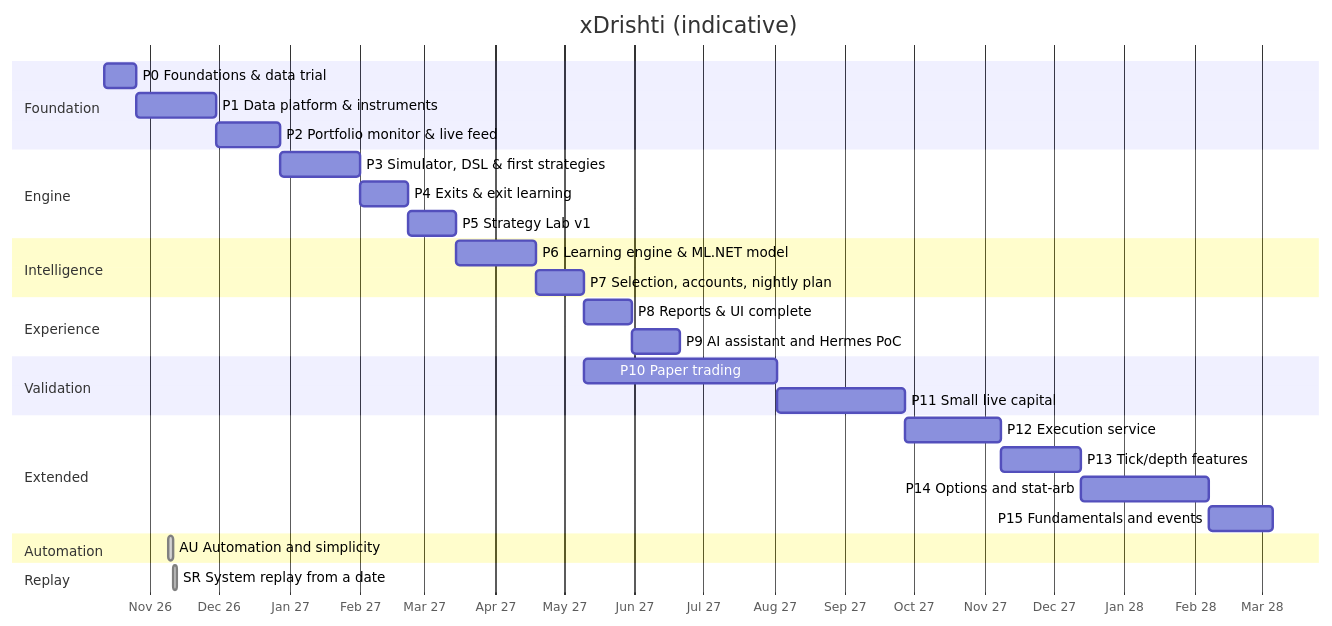
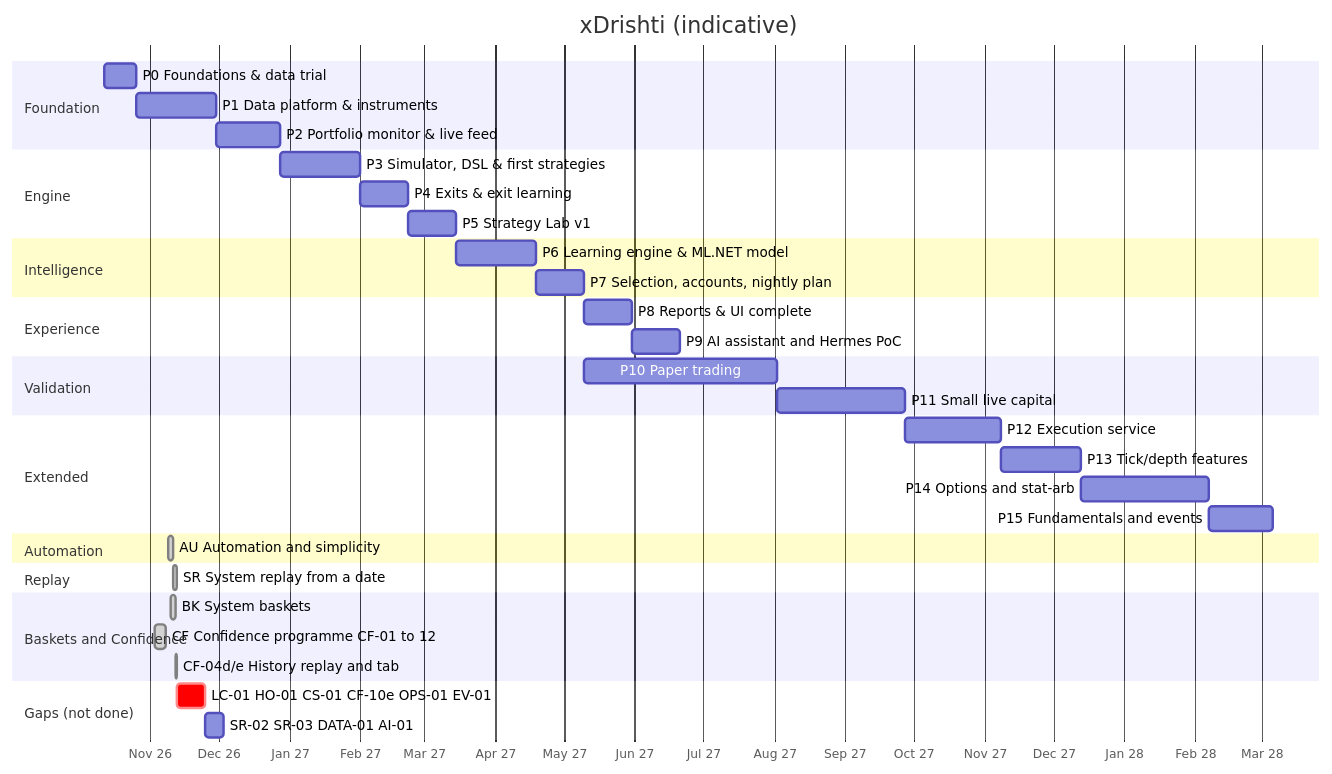
The diagram in docs/design/18-roadmap.md (hemsingh81/xDrishti), drawn with Mermaid before and after one commit. The commit also changed other lines of this file and 8 other files, not shown here.

Commit message:
Docs: gap programme, replay and history in the design docs, stale roadmap status fixed

````diff
--- a/docs/design/18-roadmap.md
+++ b/docs/design/18-roadmap.md
@@ -6,32 +6,39 @@
 ```mermaid
 gantt
     dateFormat  YYYY-MM-DD
     axisFormat  %b %y
     title xDrishti (indicative)
     section Foundation
     P0 Foundations & data trial          :p0, 2026-10-12, 2w
     P1 Data platform & instruments       :p1, after p0, 5w
     P2 Portfolio monitor & live feed     :p2, after p1, 4w
     section Engine
     P3 Simulator, DSL & first strategies :p3, after p2, 5w
     P4 Exits & exit learning             :p4, after p3, 3w
     P5 Strategy Lab v1                   :p5, after p4, 3w
     section Intelligence
     P6 Learning engine & ML.NET model    :p6, after p5, 5w
     P7 Selection, accounts, nightly plan :p7, after p6, 3w
     section Experience
     P8 Reports & UI complete             :p8, after p7, 3w
     P9 AI assistant and Hermes PoC       :p9, after p8, 3w
     section Validation
     P10 Paper trading                    :p10, after p7, 12w
     P11 Small live capital               :p11, after p10, 8w
     section Extended
     P12 Execution service                :p12, after p11, 6w
     P13 Tick/depth features              :p13, after p12, 5w
     P14 Options and stat-arb             :p14, after p13, 8w
     P15 Fundamentals and events          :p15, after p14, 4w
     section Automation
     AU Automation and simplicity         :done, au, 2026-11-09, 2d
     section Replay
     SR System replay from a date         :done, sr, 2026-11-11, 2d
+    section Baskets and Confidence
+    BK System baskets                    :done, bk, 2026-11-10, 2d
+    CF Confidence programme CF-01 to 12  :done, cf, 2026-11-03, 5d
+    CF-04d/e History replay and tab      :done, cf04, 2026-11-12, 1d
+    section Gaps (not done)
+    LC-01 HO-01 CS-01 CF-10e OPS-01 EV-01 :crit, gap1, 2026-11-13, 12d
+    SR-02 SR-03 DATA-01 AI-01            :gap2, after gap1, 8d
 ```
````
